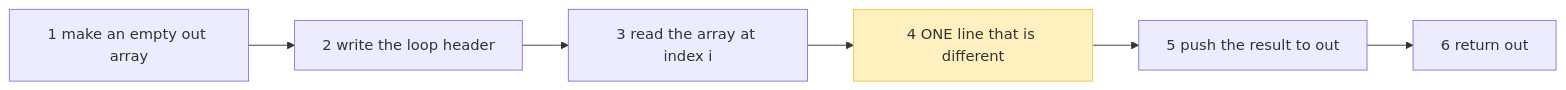
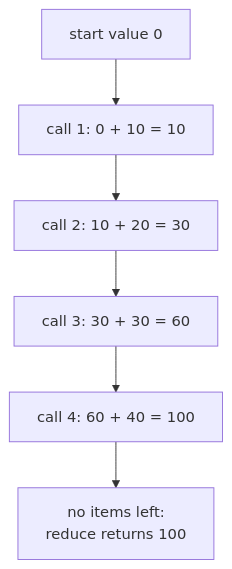
The second of 3 diagrams in learn/javascript/09-arrays-and-higher-order-functions.md (starjustice/research-material), drawn with Mermaid before and after one commit. The commit also changed other lines of this file, not shown here.

````diff
--- a/learn/javascript/09-arrays-and-higher-order-functions.md
+++ b/learn/javascript/09-arrays-and-higher-order-functions.md
@@ -38,9 +115,8 @@
 ```mermaid
-graph LR
-    A["1 make an empty out array"] --> B["2 write the loop header"]
-    B --> C["3 read the array at index i"]
-    C --> D["4 ONE line that is different"]
-    D --> E["5 push the result to out"]
-    E --> F["6 return out"]
-    style D fill:#fff1bf,stroke:#f5c542
+graph TB
+    S["start value 0"] --> A["call 1: 0 + 10 = 10"]
+    A --> B["call 2: 10 + 20 = 30"]
+    B --> C["call 3: 30 + 30 = 60"]
+    C --> D["call 4: 60 + 40 = 100"]
+    D --> E["no items left:<br/>reduce returns 100"]
 ```
````
